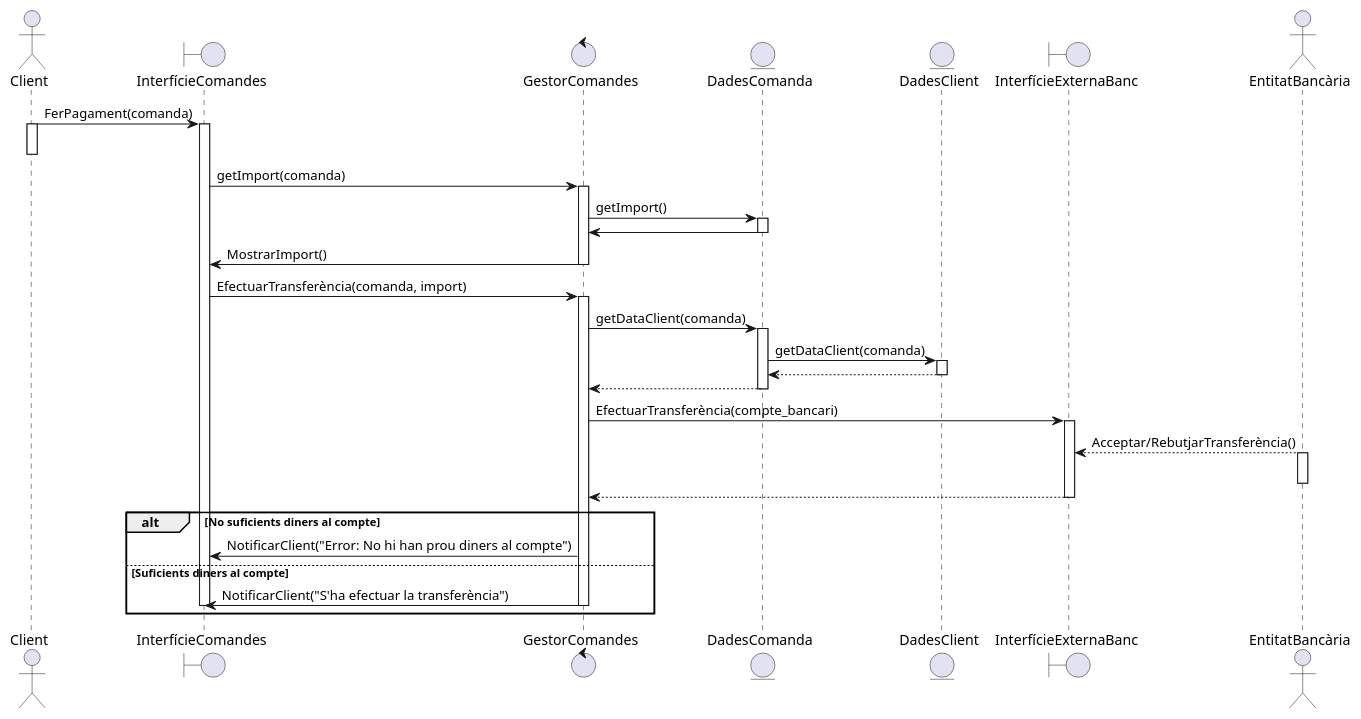
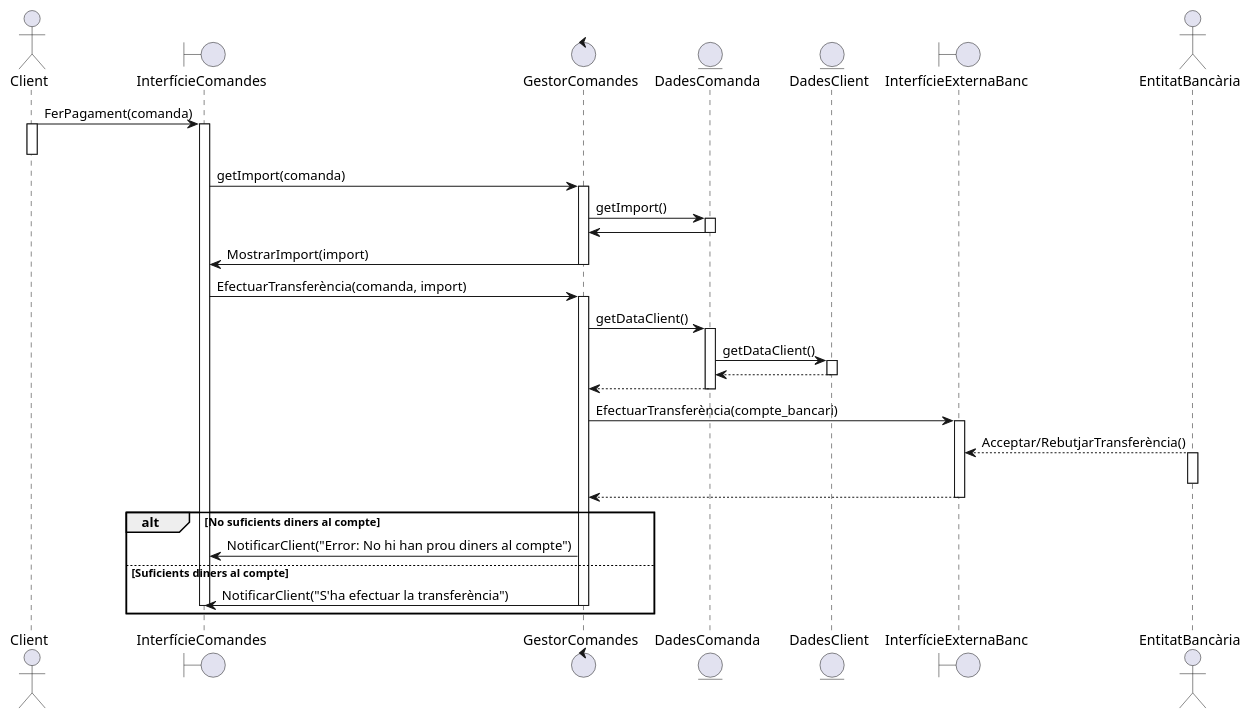
The diagram in documents/Diagrames i Especificacions/Seqüencia/seta/2 - fer pagament.puml (martipages/ES23UAB431-02), drawn with PlantUML before and after one commit. The commit also changed 21 other files, not shown here.

```diff
--- a/documents/Diagrames i Especificacions/Seqüencia/seta/2 - fer pagament.puml
+++ b/documents/Diagrames i Especificacions/Seqüencia/seta/2 - fer pagament.puml
@@ -1,51 +1,51 @@
 @startuml
 
 actor Client
 boundary InterfícieComandes
 
 control GestorComandes
 entity DadesComanda
 
 entity DadesClient
 
 boundary InterfícieExternaBanc
 actor EntitatBancària
 
 
 
 Client -> InterfícieComandes++:FerPagament(comanda)
 Client++
 Client--
 InterfícieComandes -> GestorComandes++:getImport(comanda)
 GestorComandes -> DadesComanda++:getImport()
 DadesComanda -> GestorComandes--
-GestorComandes -> InterfícieComandes--: MostrarImport()
+GestorComandes -> InterfícieComandes--: MostrarImport(import)
 
 
 
 'InterfícieComandes->GestorComptes++:FerPagament(import,client)
 InterfícieComandes->GestorComandes++:EfectuarTransferència(comanda, import)
-GestorComandes->DadesComanda++:getDataClient(comanda)
+GestorComandes->DadesComanda++:getDataClient()
 
-DadesComanda->DadesClient++:getDataClient(comanda)
+DadesComanda->DadesClient++:getDataClient()
 DadesClient-->DadesComanda--
 DadesComanda-->GestorComandes--
 
 GestorComandes->InterfícieExternaBanc++:EfectuarTransferència(compte_bancari)
 
 EntitatBancària --> InterfícieExternaBanc:Acceptar/RebutjarTransferència()
 EntitatBancària++
 EntitatBancària--
 InterfícieExternaBanc-->GestorComandes--
 alt No suficients diners al compte
 GestorComandes -> InterfícieComandes: NotificarClient("Error: No hi han prou diners al compte")
 else Suficients diners al compte
 GestorComandes ->InterfícieComandes--:NotificarClient("S'ha efectuar la transferència")
 InterfícieComandes--
 end
 
 
 
 
 
 @enduml
```
